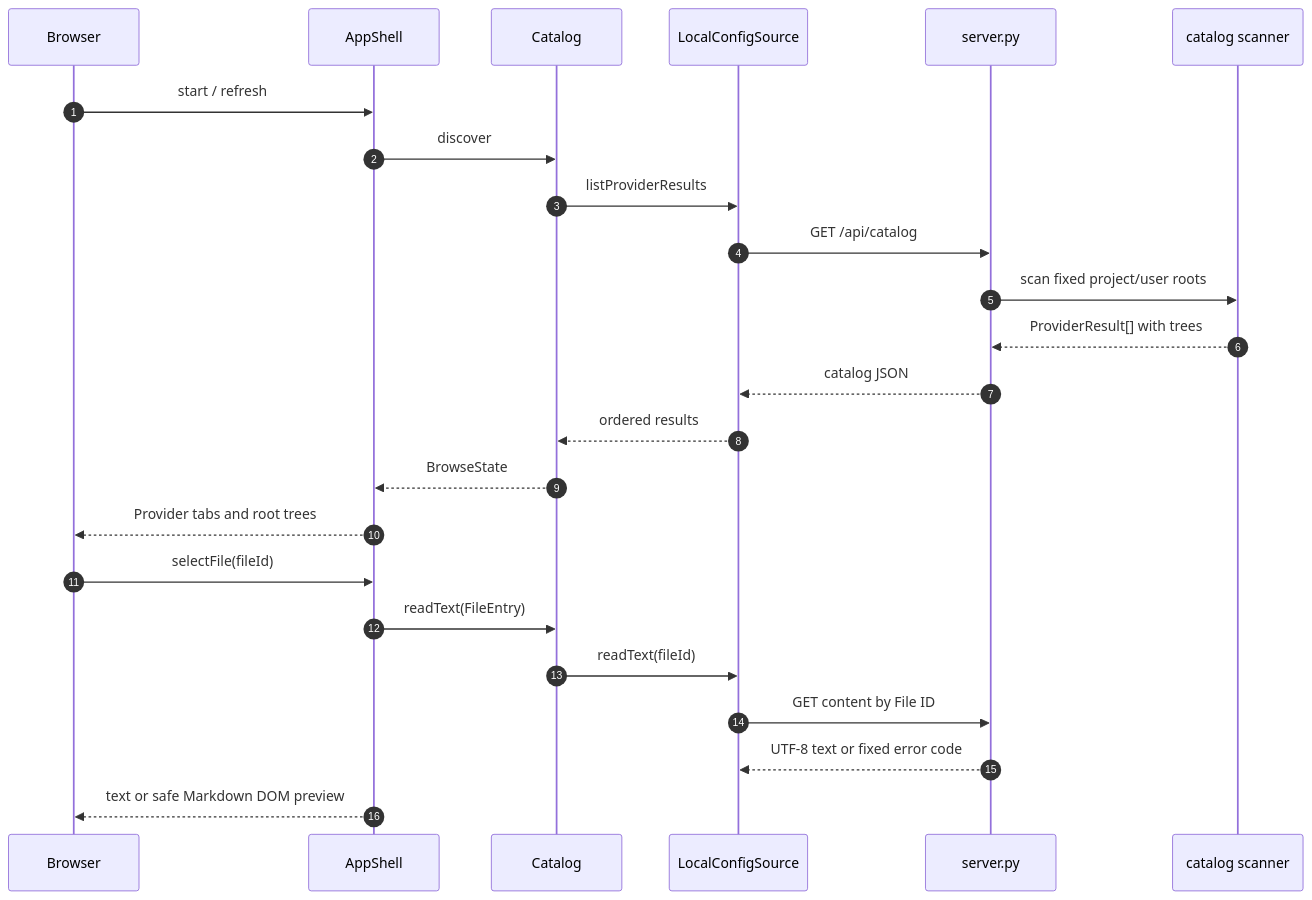
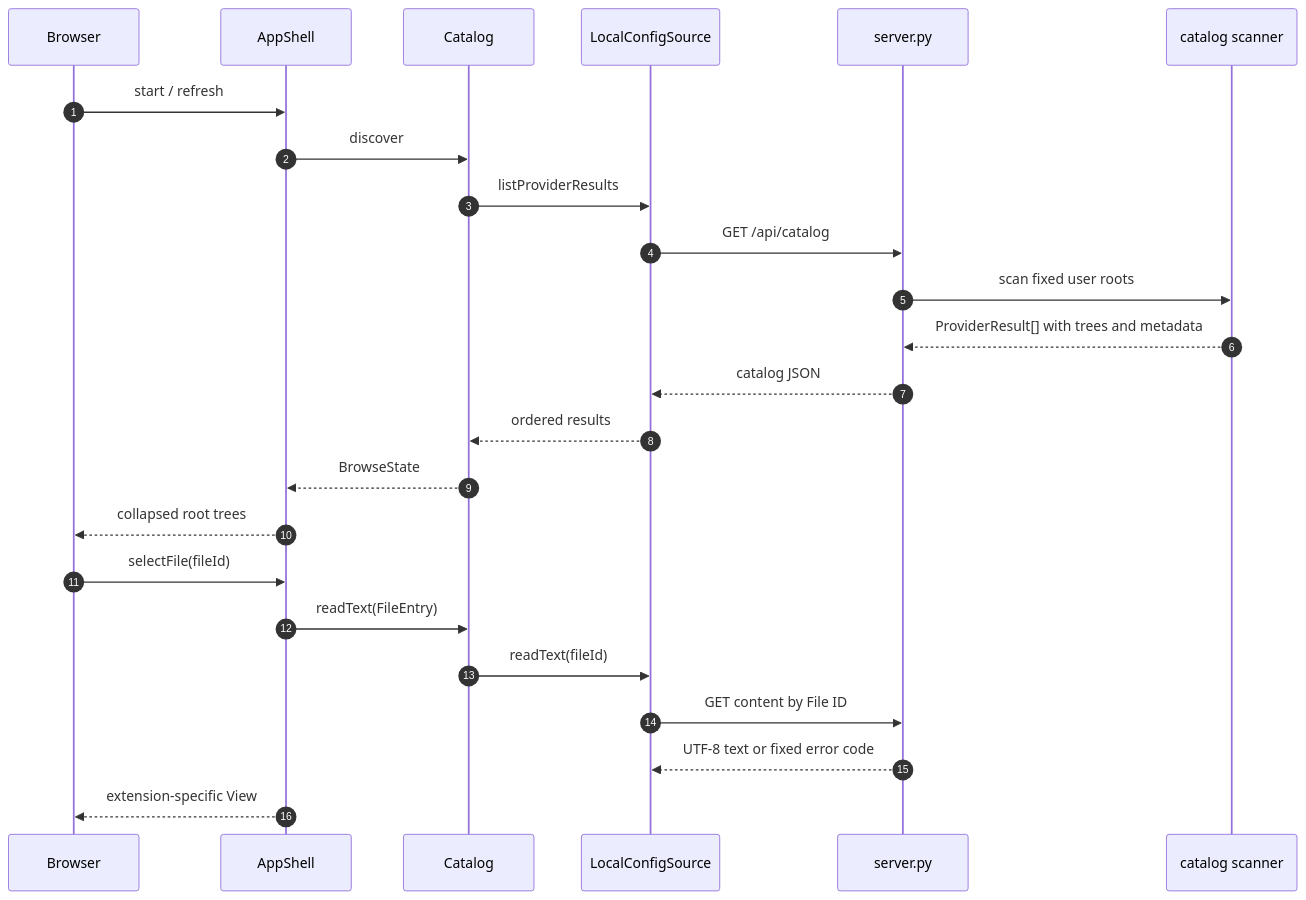
Before and after one commit to xzyozi/agent-config-viewer: the diagram in docs/design/ACV-DD-001_閲覧フロー詳細設計書.md, drawn with Mermaid. The commit also changed other lines of this file and 6 other files, not shown here.

````diff
--- a/docs/design/ACV-DD-001_閲覧フロー詳細設計書.md
+++ b/docs/design/ACV-DD-001_閲覧フロー詳細設計書.md
@@ -39,26 +39,26 @@
 ```mermaid
 sequenceDiagram
     autonumber
     participant Browser
     participant App as AppShell
     participant Catalog
     participant Source as LocalConfigSource
     participant Server as server.py
     participant Scanner as catalog scanner
     Browser->>App: start / refresh
     App->>Catalog: discover
     Catalog->>Source: listProviderResults
     Source->>Server: GET /api/catalog
-    Server->>Scanner: scan fixed project/user roots
-    Scanner-->>Server: ProviderResult[] with trees
+    Server->>Scanner: scan fixed user roots
+    Scanner-->>Server: ProviderResult[] with trees and metadata
     Server-->>Source: catalog JSON
     Source-->>Catalog: ordered results
     Catalog-->>App: BrowseState
-    App-->>Browser: Provider tabs and root trees
+    App-->>Browser: collapsed root trees
     Browser->>App: selectFile(fileId)
     App->>Catalog: readText(FileEntry)
     Catalog->>Source: readText(fileId)
     Source->>Server: GET content by File ID
     Server-->>Source: UTF-8 text or fixed error code
-    App-->>Browser: text or safe Markdown DOM preview
+    App-->>Browser: extension-specific View
 ```
````
